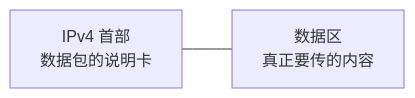
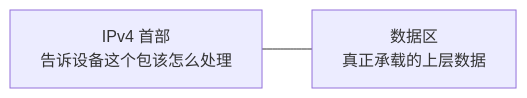
Before and after one commit to 74262195/system-architect-notes: the first of 2 diagrams in 01_综合知识/01_计算机系统基础知识/03_计算机网络/05_IP网络与路由/IPv4报文与分片.md, drawn with Mermaid. The commit also changed other lines of this file, not shown here.

Commit message:
docs: add IPv4 packet structure diagram

````diff
--- a/01_综合知识/01_计算机系统基础知识/03_计算机网络/05_IP网络与路由/IPv4报文与分片.md
+++ b/01_综合知识/01_计算机系统基础知识/03_计算机网络/05_IP网络与路由/IPv4报文与分片.md
@@ -48,4 +44,4 @@
 ```mermaid
 flowchart LR
-    A[IPv4 首部<br/>数据包的说明卡] --- B[数据区<br/>真正要传的内容]
+    H[IPv4 首部<br/>告诉设备这个包该怎么处理] --- D[数据区<br/>真正承载的上层数据]
 ```
````
